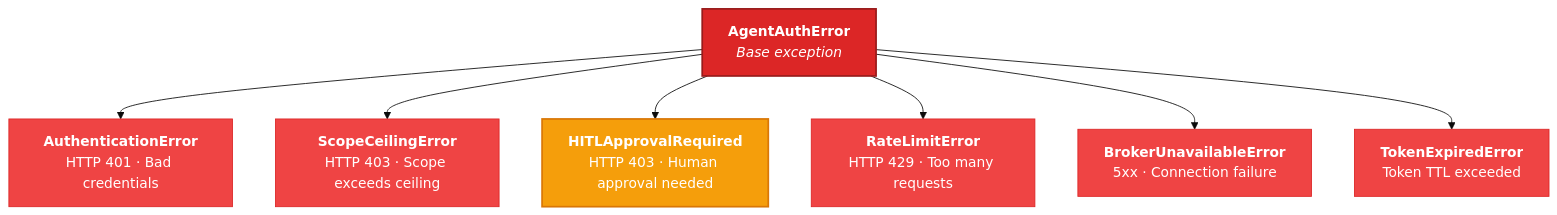
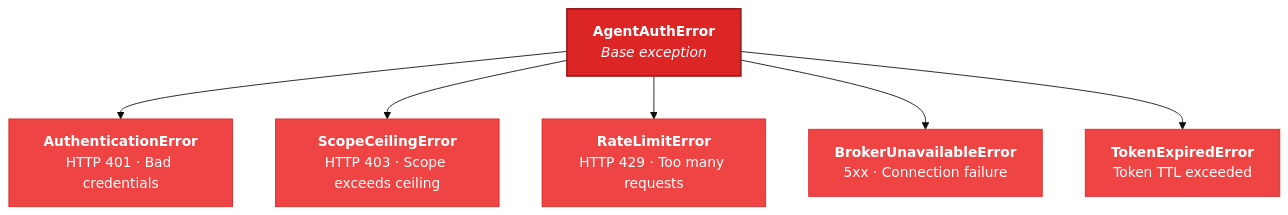
One commit to devonartis/agentwrit-python changed the fifth of 5 diagrams in README.md. Above: the diagram before and after it, drawn with Mermaid (base theme). The commit also changed other lines of this file, not shown here.

First line of the commit message:
docs: remove all HITL references from README

````diff
--- a/README.md
+++ b/README.md
@@ -299,19 +245,17 @@
 ```mermaid
 graph TD
     Base["<b>AgentAuthError</b><br/><i>Base exception</i>"]
 
     Base --> Auth["<b>AuthenticationError</b><br/>HTTP 401 · Bad credentials"]
     Base --> Scope["<b>ScopeCeilingError</b><br/>HTTP 403 · Scope exceeds ceiling"]
-    Base --> HITL["<b>HITLApprovalRequired</b><br/>HTTP 403 · Human approval needed"]
     Base --> Rate["<b>RateLimitError</b><br/>HTTP 429 · Too many requests"]
     Base --> Unavail["<b>BrokerUnavailableError</b><br/>5xx · Connection failure"]
     Base --> Expired["<b>TokenExpiredError</b><br/>Token TTL exceeded"]
 
     style Base fill:#dc2626,color:#fff,stroke:#991b1b,stroke-width:2px
     style Auth fill:#ef4444,color:#fff,stroke:#dc2626
     style Scope fill:#ef4444,color:#fff,stroke:#dc2626
-    style HITL fill:#f59e0b,color:#fff,stroke:#d97706,stroke-width:2px
     style Rate fill:#ef4444,color:#fff,stroke:#dc2626
     style Unavail fill:#ef4444,color:#fff,stroke:#dc2626
     style Expired fill:#ef4444,color:#fff,stroke:#dc2626
 ```
````
